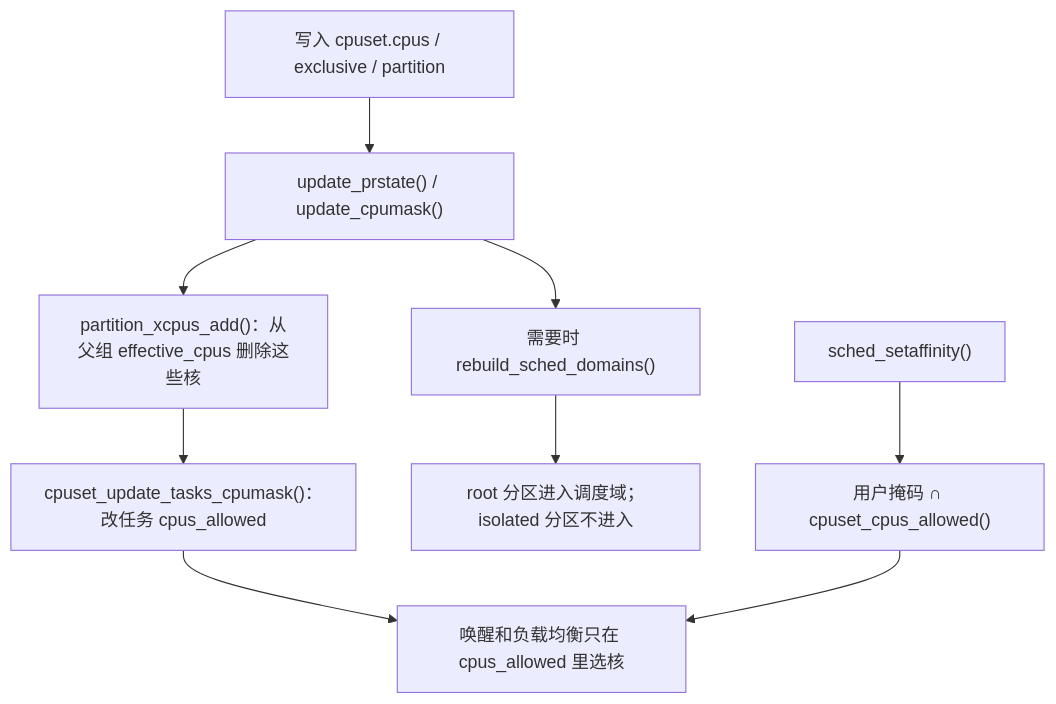
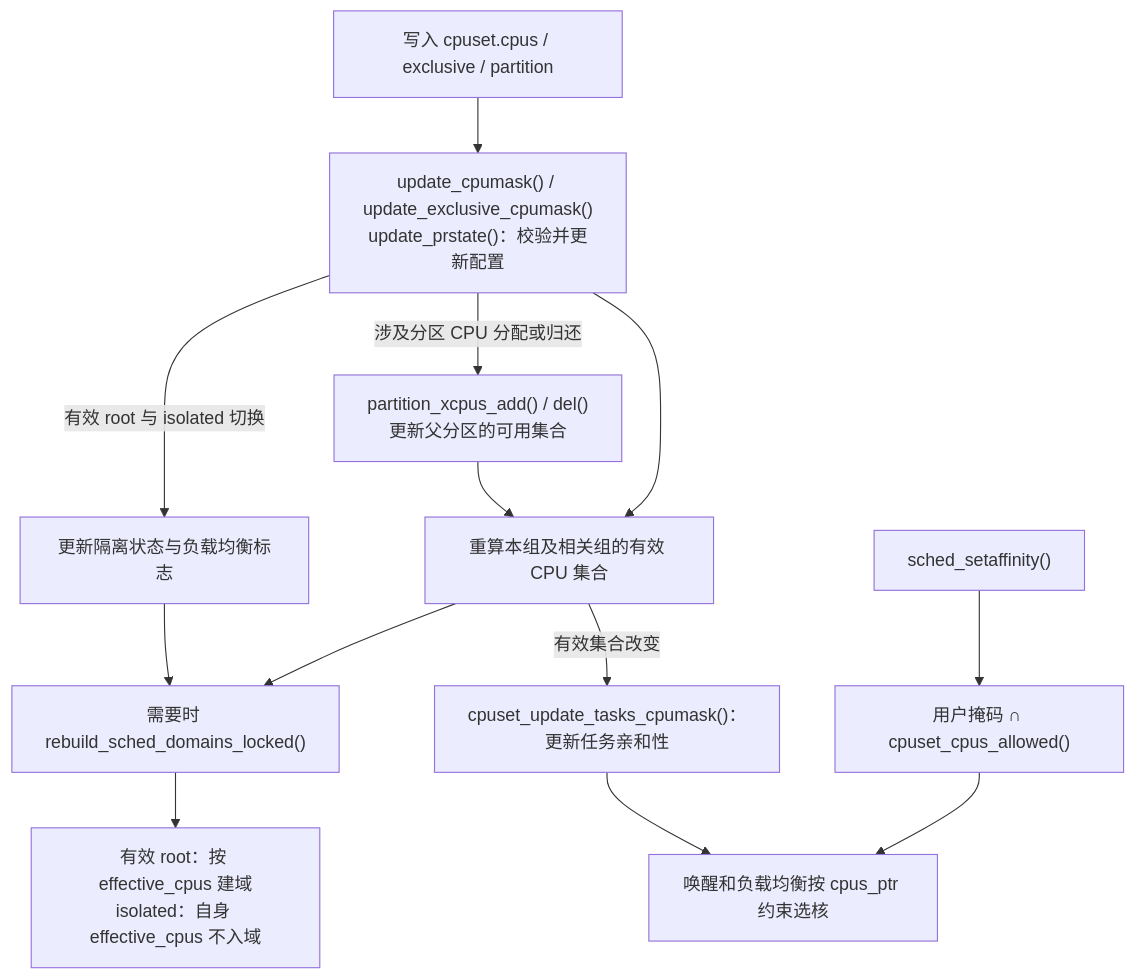
Diagram 14 of 14 in interview/sched/cgroup2.md (linuxperf/linux-study), drawn with Mermaid before and after one commit. The commit also changed other lines of this file and 2 other files, not shown here.

````diff
--- a/interview/sched/cgroup2.md
+++ b/interview/sched/cgroup2.md
@@ -282,11 +1470,15 @@
 ```mermaid
 flowchart TD
-    CFG["写入 cpuset.cpus / exclusive / partition"] --> PR["update_prstate() / update_cpumask()"]
-    PR --> PARENT["partition_xcpus_add()：从父组 effective_cpus 删除这些核"]
-    PARENT --> TASK["cpuset_update_tasks_cpumask()：改任务 cpus_allowed"]
-    TASK --> AFF["唤醒和负载均衡只在 cpus_allowed 里选核"]
-    PR --> SD["需要时 rebuild_sched_domains()"]
-    SD --> DOM["root 分区进入调度域；isolated 分区不进入"]
+    CFG["写入 cpuset.cpus / exclusive / partition"] --> PR["update_cpumask() / update_exclusive_cpumask()<br/>update_prstate()：校验并更新配置"]
+    PR --> MASK["重算本组及相关组的有效 CPU 集合"]
+    PR -->|"涉及分区 CPU 分配或归还"| PARENT["partition_xcpus_add() / del()<br/>更新父分区的可用集合"]
+    PARENT --> MASK
+    PR -->|"有效 root 与 isolated 切换"| LB["更新隔离状态与负载均衡标志"]
+    MASK -->|"有效集合改变"| TASK["cpuset_update_tasks_cpumask()：更新任务亲和性"]
+    TASK --> AFF["唤醒和负载均衡按 cpus_ptr 约束选核"]
+    MASK --> SD["需要时 rebuild_sched_domains_locked()"]
+    LB --> SD
+    SD --> DOM["有效 root：按 effective_cpus 建域<br/>isolated：自身 effective_cpus 不入域"]
     USER["sched_setaffinity()"] --> AND["用户掩码 ∩ cpuset_cpus_allowed()"]
     AND --> AFF
 ```
````
